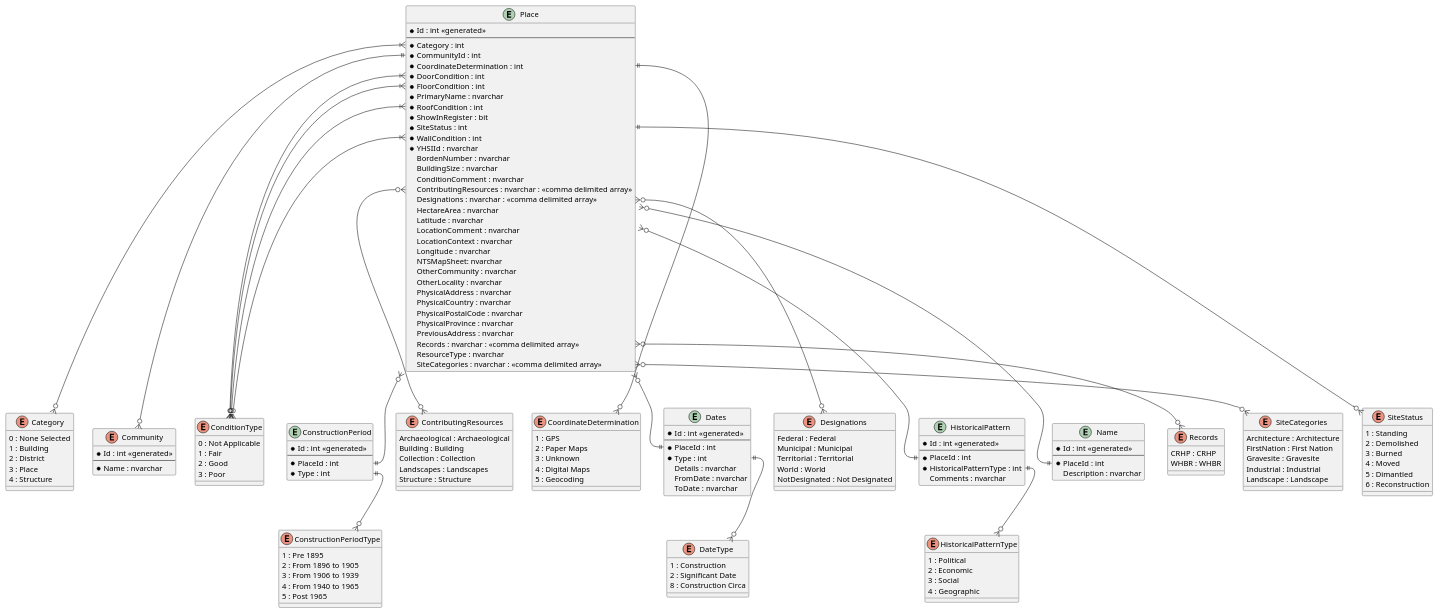
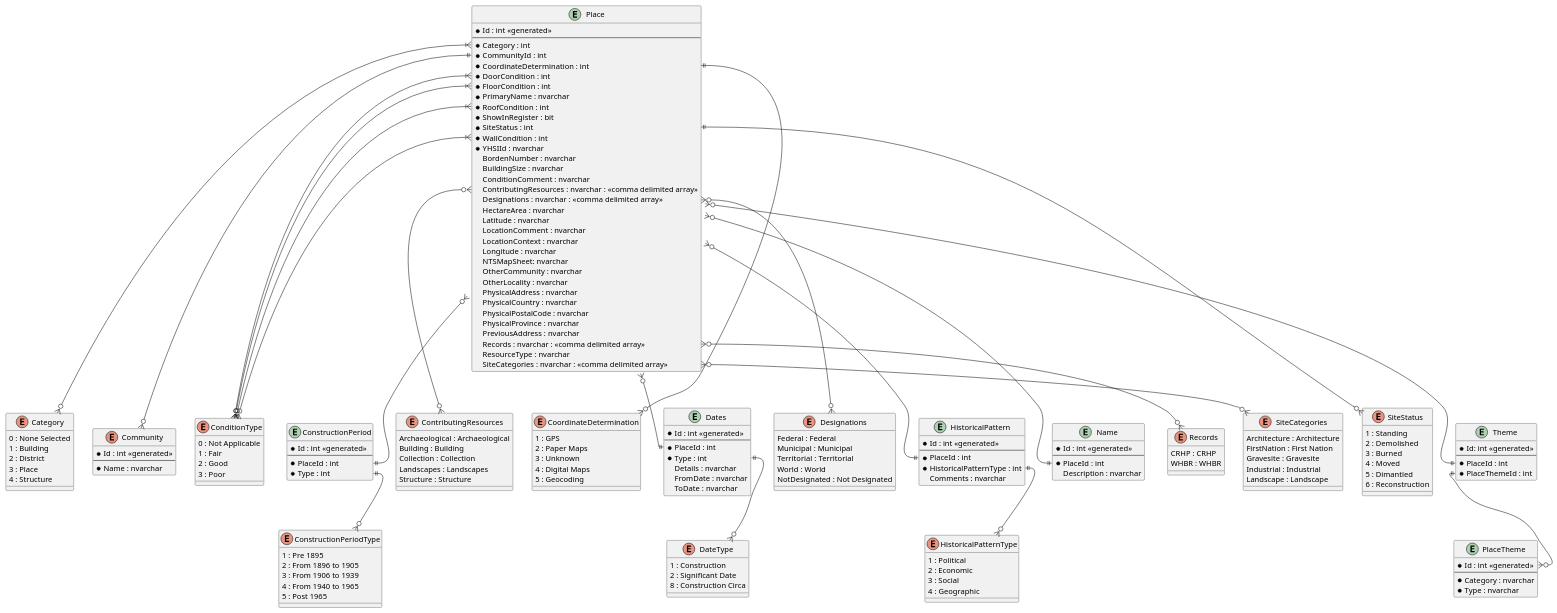
The diagram in Design/change-tracking-and-approvals-data-modeling.wsd (ytgov/yhsi), drawn with PlantUML before and after one commit. The commit also changed 1 other file, not shown here.

Commit message:
:memo: Add entity relationshipt information for Theme/PlaceTheme.

```diff
--- a/Design/change-tracking-and-approvals-data-modeling.wsd
+++ b/Design/change-tracking-and-approvals-data-modeling.wsd
@@ -1,180 +1,196 @@
 @startuml
 
 entity Place {
   * Id : int <<generated>>
   --
   * Category : int
   * CommunityId : int
   * CoordinateDetermination : int
   * DoorCondition : int
   * FloorCondition : int
   * PrimaryName : nvarchar
   * RoofCondition : int
   * ShowInRegister : bit
   * SiteStatus : int
   * WallCondition : int
   * YHSIId : nvarchar
   BordenNumber : nvarchar
   BuildingSize : nvarchar
   ConditionComment : nvarchar
   ContributingResources : nvarchar : <<comma delimited array>>
   Designations : nvarchar : <<comma delimited array>>
   HectareArea : nvarchar
   Latitude : nvarchar
   LocationComment : nvarchar
   LocationContext : nvarchar
   Longitude : nvarchar
   NTSMapSheet: nvarchar
   OtherCommunity : nvarchar
   OtherLocality : nvarchar
   PhysicalAddress : nvarchar
   PhysicalCountry : nvarchar
   PhysicalPostalCode : nvarchar
   PhysicalProvince : nvarchar
   PreviousAddress : nvarchar
   Records : nvarchar : <<comma delimited array>>
   ResourceType : nvarchar
   SiteCategories : nvarchar : <<comma delimited array>>
 }
 
 enum Category {
   0 : None Selected
   1 : Building
   2 : District
   3 : Place
   4 : Structure
 }
 
 enum Community {
   * Id : int <<generated>>
   --
   * Name : nvarchar
 }
 
 enum ConditionType {
   0 : Not Applicable
   1 : Fair
   2 : Good
   3 : Poor
 }
 
 entity ConstructionPeriod {
   * Id : int <<generated>>
   --
   * PlaceId : int
   * Type : int
 }
 
 enum ConstructionPeriodType {
   1 : Pre 1895
   2 : From 1896 to 1905
   3 : From 1906 to 1939
   4 : From 1940 to 1965
   5 : Post 1965
 }
 
 enum ContributingResources {
   Archaeological : Archaeological
   Building : Building
   Collection : Collection
   Landscapes : Landscapes
   Structure : Structure
 }
 
 enum CoordinateDetermination {
   1 : GPS
   2 : Paper Maps
   3 : Unknown
   4 : Digital Maps
   5 : Geocoding
 }
 
 entity Dates {
   * Id : int <<generated>>
   --
   * PlaceId : int
   * Type : int
   Details : nvarchar
   FromDate : nvarchar
   ToDate : nvarchar
 }
 
 enum DateType {
   1 : Construction
   2 : Significant Date
   8 : Construction Circa
 }
 
 enum Designations {
   Federal : Federal
   Municipal : Municipal
   Territorial : Territorial
   World : World
   NotDesignated : Not Designated
 }
 
 entity HistoricalPattern {
   * Id : int <<generated>>
   --
   * PlaceId : int
   * HistoricalPatternType : int
   Comments : nvarchar
 }
 
 enum HistoricalPatternType {
   1 : Political
   2 : Economic
   3 : Social
   4 : Geographic
 }
 
 entity Name {
   * Id : int <<generated>>
   --
   * PlaceId : int
   Description : nvarchar
 }
 
+entity PlaceTheme {
+  * Id : int <<generated>>
+  --
+  * Category : nvarchar
+  * Type : nvarchar
+}
+
 enum Records {
   CRHP : CRHP
   WHBR : WHBR
 }
 
 enum SiteCategories {
   Architecture : Architecture
   FirstNation : First Nation
   Gravesite : Gravesite
   Industrial : Industrial
   Landscape : Landscape
 }
 
 enum SiteStatus {
   1 : Standing
   2 : Demolished
   3 : Burned
   4 : Moved
   5 : Dimantled
   6 : Reconstruction
 }
 
+entity Theme {
+  * Id: int <<generated>>
+  --
+  * PlaceId : int
+  * PlaceThemeId : int
+}
+
 Place::Category }|--o{ Category
 Place::CommunityId ||--o{ Community
 Place::DoorCondition }|--o{ ConditionType
 Place::FloorCondition }|--o{ ConditionType
 Place::RoofCondition }|--o{ ConditionType
 Place::WallCondition }|--o{ ConditionType
 Place }o--|| ConstructionPeriod::PlaceId
 Place::ContributingResources }o--o{ ContributingResources
 Place::CoordinateDetermination ||--o{ CoordinateDetermination
 Place }o--|| Dates::PlaceId
 Place::Designations }o--o{ Designations
 Place }o--|| HistoricalPattern::PlaceId
 Place }o--|| Name::PlaceId
 Place::Records }o--o{ Records
 Place::SiteCategories }o--o{ SiteCategories
 Place::SiteStatus ||--o{ SiteStatus
+Place }o--|| Theme::PlaceId
+ConstructionPeriod::Type ||--o{ ConstructionPeriodType
+Dates::Type ||--o{ DateType
 HistoricalPattern::HistoricalPatternType ||--o{ HistoricalPatternType
-Dates::Type ||--o{ DateType
-ConstructionPeriod::Type ||--o{ ConstructionPeriodType
+Theme::PlaceThemeId ||--o{ PlaceTheme::Id
 
 @enduml
```
